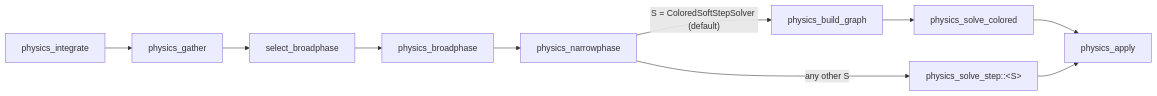
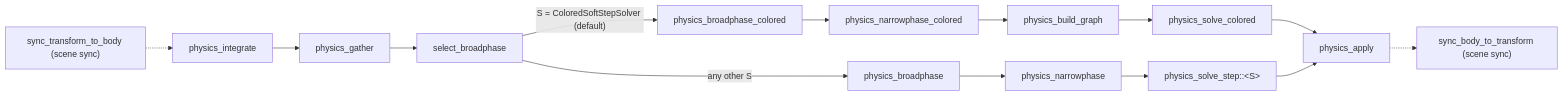
The diagram in book/src/simulation/physics.md (bluesteelll/boyko-engine), drawn with Mermaid before and after one commit. The commit also changed other lines of this file and 20 other files, not shown here.

````diff
--- a/book/src/simulation/physics.md
+++ b/book/src/simulation/physics.md
@@ -225,12 +337,16 @@
 ```mermaid
 flowchart LR
+    T["sync_transform_to_body (scene sync)"] -.-> A
     A[physics_integrate] --> B[physics_gather]
     B --> P[select_broadphase]
-    P --> C[physics_broadphase]
+    P -->|"S = ColoredSoftStepSolver (default)"| CC[physics_broadphase_colored]
+    CC --> DC[physics_narrowphase_colored]
+    DC --> G[physics_build_graph]
+    G --> E[physics_solve_colored]
+    P -->|"any other S"| C[physics_broadphase]
     C --> D[physics_narrowphase]
-    D -->|"S = ColoredSoftStepSolver (default)"| G[physics_build_graph]
-    G --> E[physics_solve_colored]
-    D -->|"any other S"| R["physics_solve_step::&lt;S&gt;"]
+    D --> R["physics_solve_step::&lt;S&gt;"]
     E --> F[physics_apply]
     R --> F
+    F -.-> S2["sync_body_to_transform (scene sync)"]
 ```
````
